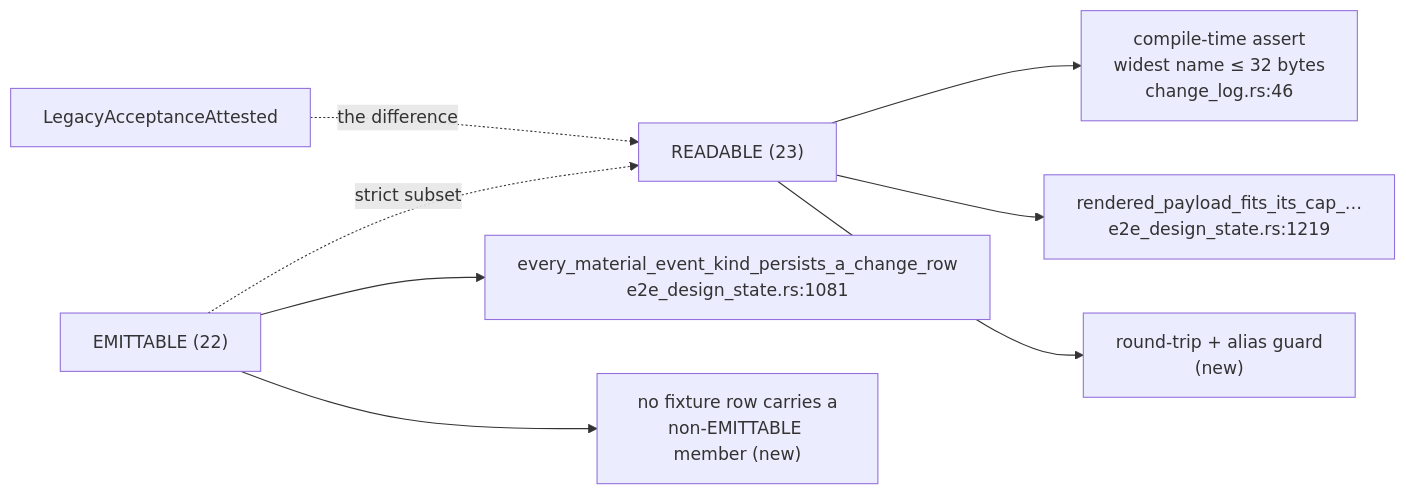
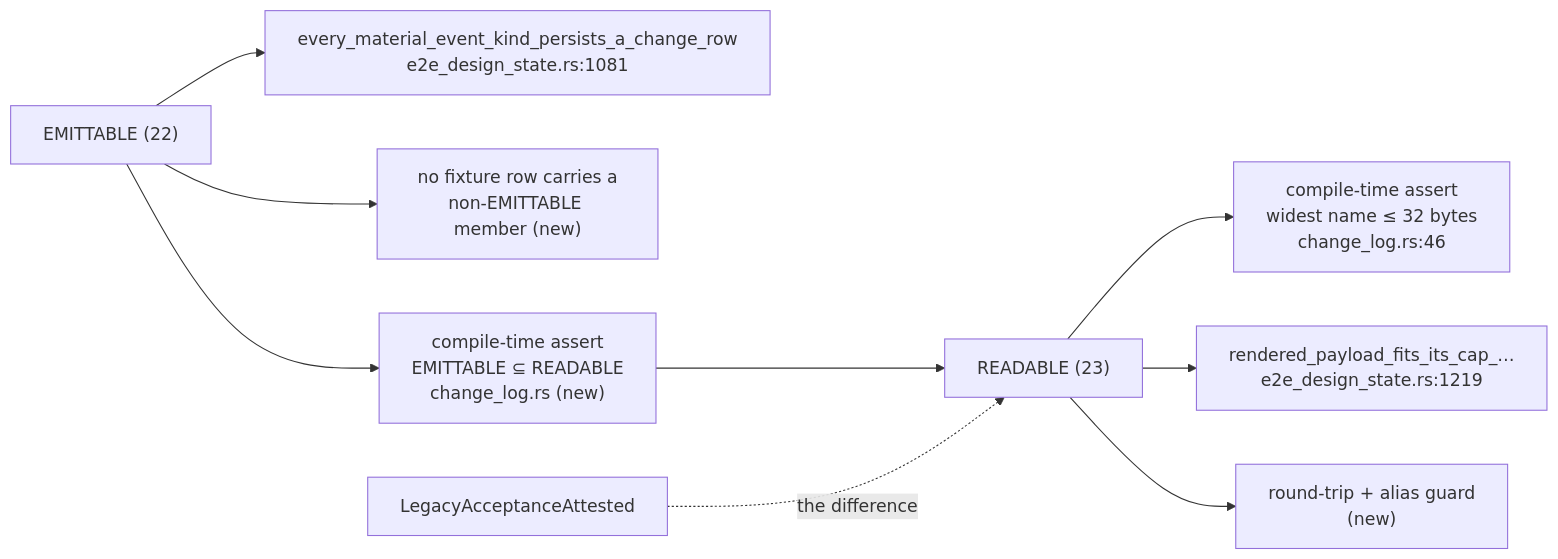
One commit to davidlee/doctrine changed the first of 2 diagrams in .doctrine/slice/256/design.md. Above: the diagram before and after it, drawn with Mermaid. The commit also changed other lines of this file and 3 other files, not shown here.

First line of the commit message:
design(SL-256): prove EMITTABLE ⊆ READABLE at compile time — rev 45-49

````diff
--- a/.doctrine/slice/256/design.md
+++ b/.doctrine/slice/256/design.md
@@ -230,10 +230,11 @@
 ```mermaid
 flowchart LR
   R["READABLE (23)"] --> A["compile-time assert<br/>widest name ≤ 32 bytes<br/>change_log.rs:46"]
   R --> B["rendered_payload_fits_its_cap_…<br/>e2e_design_state.rs:1219"]
   R --> D["round-trip + alias guard<br/>(new)"]
   E["EMITTABLE (22)"] --> C["every_material_event_kind_persists_a_change_row<br/>e2e_design_state.rs:1081"]
   E --> F["no fixture row carries a<br/>non-EMITTABLE member (new)"]
-  E -.->|strict subset| R
+  E --> S["compile-time assert<br/>EMITTABLE ⊆ READABLE<br/>change_log.rs (new)"]
+  S --> R
   L["LegacyAcceptanceAttested"] -.->|the difference| R
 ```
````
